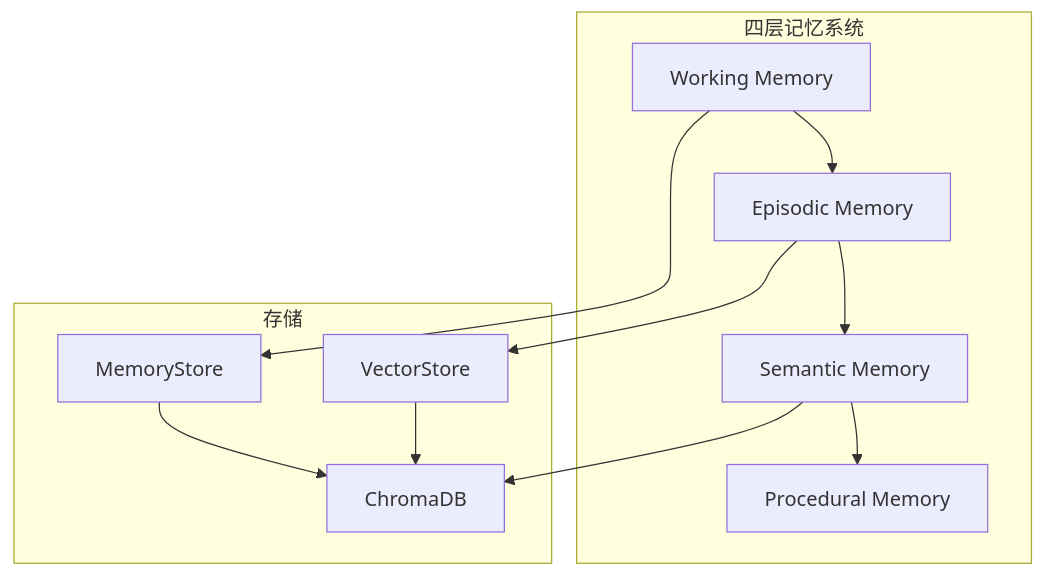
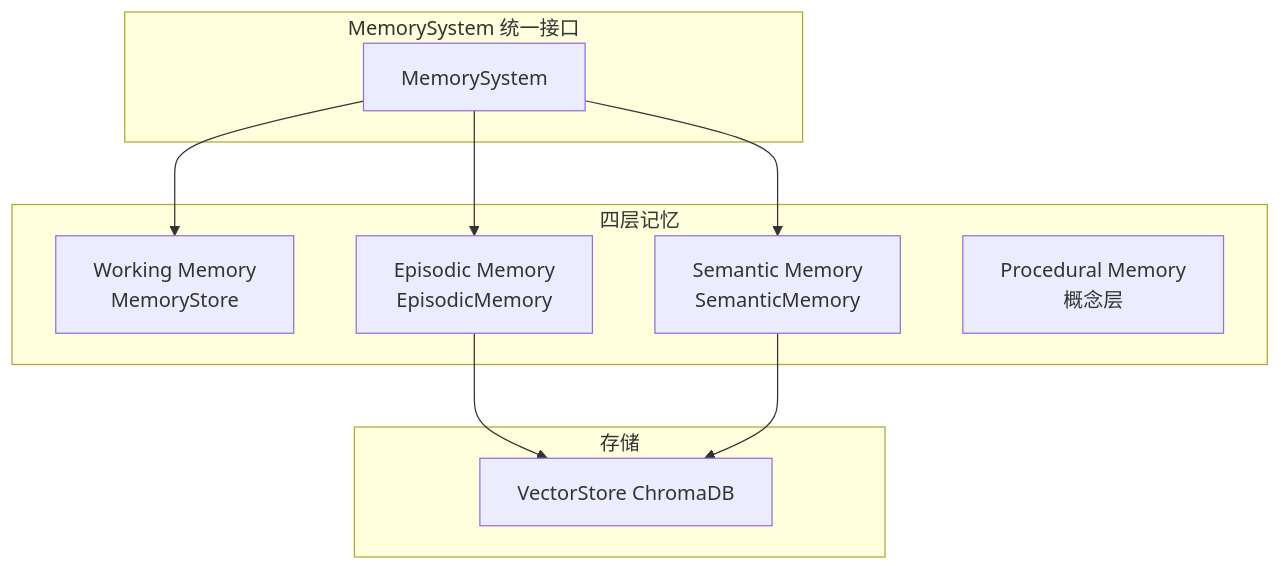
Before and after one commit to SimmerChan/ascend_op_agent: the diagram in docs/modules/memory.md, drawn with Mermaid. The commit also changed other lines of this file and 20 other files, not shown here.

````diff
--- a/docs/modules/memory.md
+++ b/docs/modules/memory.md
@@ -25,17 +27,23 @@
 ```mermaid
 graph TB
-    subgraph Memory["四层记忆系统"]
-        A[Working Memory] --> B[Episodic Memory]
-        B --> C[Semantic Memory]
-        C --> D[Procedural Memory]
+    subgraph MemorySystem["MemorySystem 统一接口"]
+        MS[MemorySystem]
+    end
+
+    subgraph Layers["四层记忆"]
+        WM[Working Memory<br/>MemoryStore]
+        EM[Episodic Memory<br/>EpisodicMemory]
+        SM[Semantic Memory<br/>SemanticMemory]
+        PM[Procedural Memory<br/>概念层]
     end
 
     subgraph Storage["存储"]
-        E[MemoryStore] --> F[ChromaDB]
-        G[VectorStore] --> F
+        VS[VectorStore ChromaDB]
     end
 
-    A --> E
-    B --> G
-    C --> F
+    MS --> WM
+    MS --> EM
+    MS --> SM
+    EM --> VS
+    SM --> VS
 ```
````
